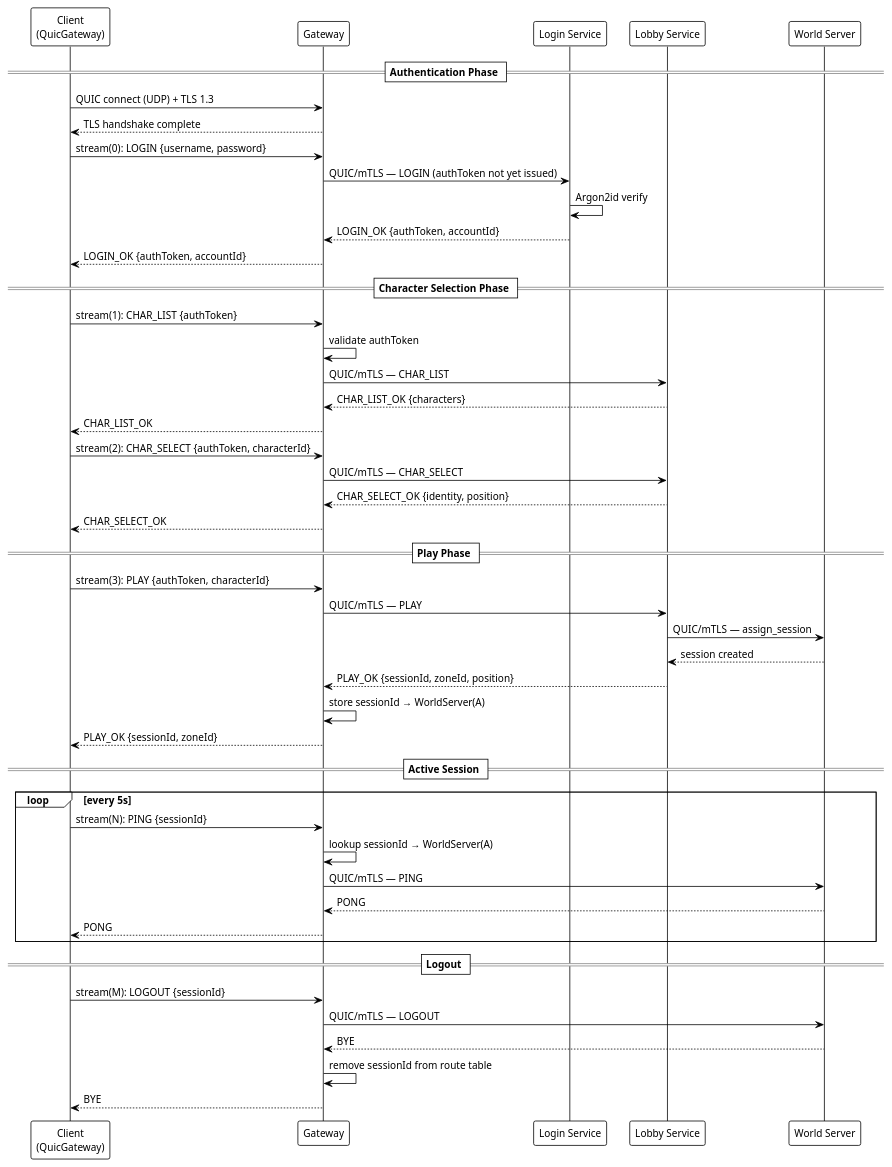
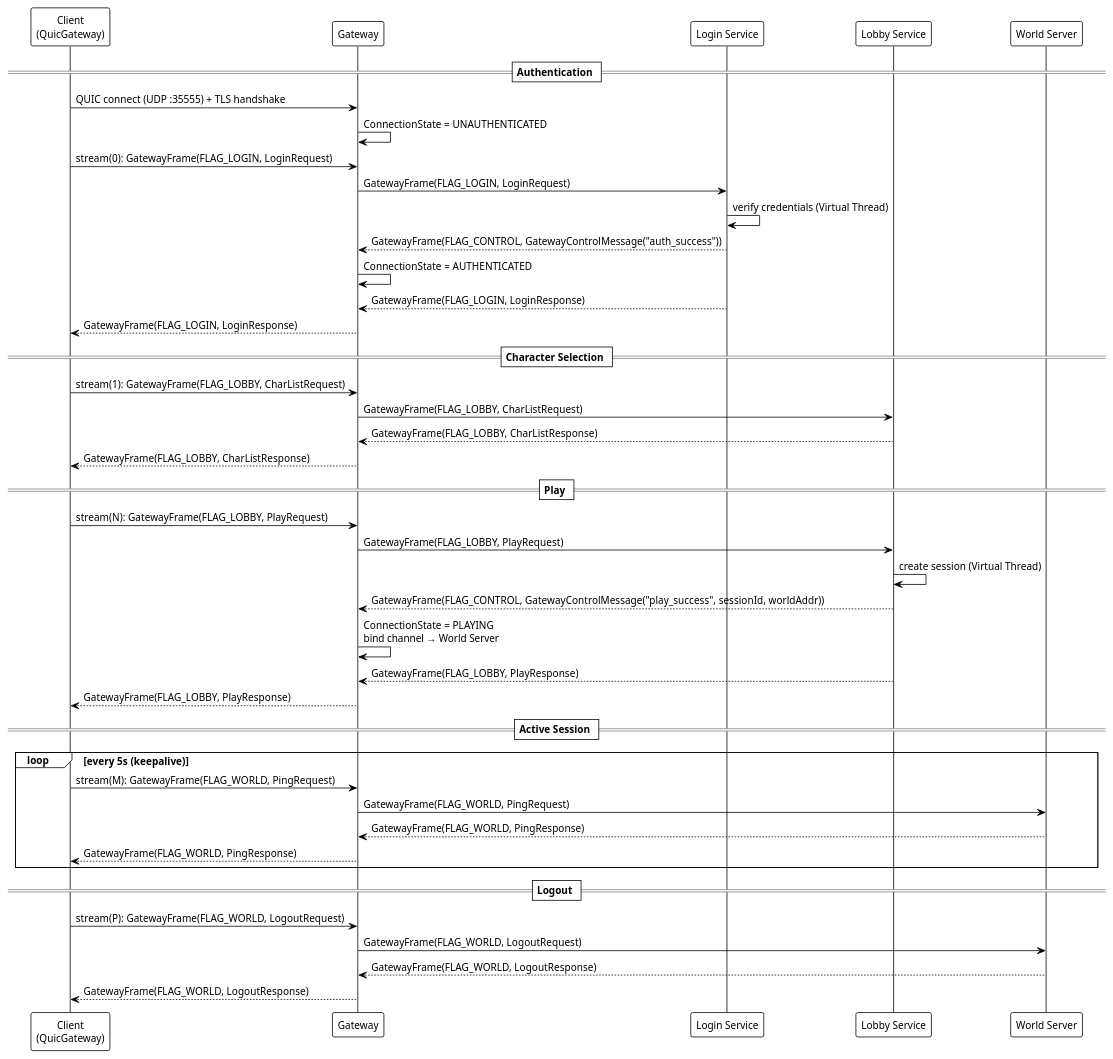
One commit to TheStackTraceWhisperer/catalyst changed the fourth of 6 diagrams in docs/network-architecture.md. Above: the diagram before and after it, drawn with PlantUML. The commit also changed other lines of this file, not shown here.

Commit message:
docs: rewrite network-architecture.md to reflect actual codebase state, remove stale milestone/target framing

````diff
--- a/docs/network-architecture.md
+++ b/docs/network-architecture.md
@@ -227,58 +208,52 @@
 ```plantuml
 @startuml lifecycle
 !theme plain
 skinparam defaultFontSize 13
 
 participant "Client\n(QuicGateway)" as C
 participant "Gateway" as GW
 participant "Login Service" as LS
 participant "Lobby Service" as LBS
 participant "World Server" as WS
 
-== Authentication Phase ==
-C -> GW : QUIC connect (UDP) + TLS 1.3
-GW --> C : TLS handshake complete
-C -> GW : stream(0): LOGIN {username, password}
-GW -> LS : QUIC/mTLS — LOGIN (authToken not yet issued)
-LS -> LS : Argon2id verify
-LS --> GW : LOGIN_OK {authToken, accountId}
-GW --> C : LOGIN_OK {authToken, accountId}
+== Authentication ==
+C -> GW : QUIC connect (UDP :35555) + TLS handshake
+GW -> GW : ConnectionState = UNAUTHENTICATED
+C -> GW : stream(0): GatewayFrame(FLAG_LOGIN, LoginRequest)
+GW -> LS : GatewayFrame(FLAG_LOGIN, LoginRequest)
+LS -> LS : verify credentials (Virtual Thread)
+LS --> GW : GatewayFrame(FLAG_CONTROL, GatewayControlMessage("auth_success"))
+GW -> GW : ConnectionState = AUTHENTICATED
+LS --> GW : GatewayFrame(FLAG_LOGIN, LoginResponse)
+GW --> C : GatewayFrame(FLAG_LOGIN, LoginResponse)
 
-== Character Selection Phase ==
-C -> GW : stream(1): CHAR_LIST {authToken}
-GW -> GW : validate authToken
-GW -> LBS : QUIC/mTLS — CHAR_LIST
-LBS --> GW : CHAR_LIST_OK {characters}
-GW --> C : CHAR_LIST_OK
+== Character Selection ==
+C -> GW : stream(1): GatewayFrame(FLAG_LOBBY, CharListRequest)
+GW -> LBS : GatewayFrame(FLAG_LOBBY, CharListRequest)
+LBS --> GW : GatewayFrame(FLAG_LOBBY, CharListResponse)
+GW --> C : GatewayFrame(FLAG_LOBBY, CharListResponse)
 
-C -> GW : stream(2): CHAR_SELECT {authToken, characterId}
-GW -> LBS : QUIC/mTLS — CHAR_SELECT
-LBS --> GW : CHAR_SELECT_OK {identity, position}
-GW --> C : CHAR_SELECT_OK
-
-== Play Phase ==
-C -> GW : stream(3): PLAY {authToken, characterId}
-GW -> LBS : QUIC/mTLS — PLAY
-LBS -> WS : QUIC/mTLS — assign_session
-WS --> LBS : session created
-LBS --> GW : PLAY_OK {sessionId, zoneId, position}
-GW -> GW : store sessionId → WorldServer(A)
-GW --> C : PLAY_OK {sessionId, zoneId}
+== Play ==
+C -> GW : stream(N): GatewayFrame(FLAG_LOBBY, PlayRequest)
+GW -> LBS : GatewayFrame(FLAG_LOBBY, PlayRequest)
+LBS -> LBS : create session (Virtual Thread)
+LBS --> GW : GatewayFrame(FLAG_CONTROL, GatewayControlMessage("play_success", sessionId, worldAddr))
+GW -> GW : ConnectionState = PLAYING\nbind channel → World Server
+LBS --> GW : GatewayFrame(FLAG_LOBBY, PlayResponse)
+GW --> C : GatewayFrame(FLAG_LOBBY, PlayResponse)
 
 == Active Session ==
-loop every 5s
-  C -> GW : stream(N): PING {sessionId}
-  GW -> GW : lookup sessionId → WorldServer(A)
-  GW -> WS : QUIC/mTLS — PING
-  WS --> GW : PONG
-  GW --> C : PONG
+loop every 5s (keepalive)
+  C -> GW : stream(M): GatewayFrame(FLAG_WORLD, PingRequest)
+  GW -> WS : GatewayFrame(FLAG_WORLD, PingRequest)
+  WS --> GW : GatewayFrame(FLAG_WORLD, PingResponse)
+  GW --> C : GatewayFrame(FLAG_WORLD, PingResponse)
 end
 
 == Logout ==
-C -> GW : stream(M): LOGOUT {sessionId}
-GW -> WS : QUIC/mTLS — LOGOUT
-WS --> GW : BYE
-GW -> GW : remove sessionId from route table
-GW --> C : BYE
+C -> GW : stream(P): GatewayFrame(FLAG_WORLD, LogoutRequest)
+GW -> WS : GatewayFrame(FLAG_WORLD, LogoutRequest)
+WS --> GW : GatewayFrame(FLAG_WORLD, LogoutResponse)
+GW --> C : GatewayFrame(FLAG_WORLD, LogoutResponse)
 @enduml
 ```
````
